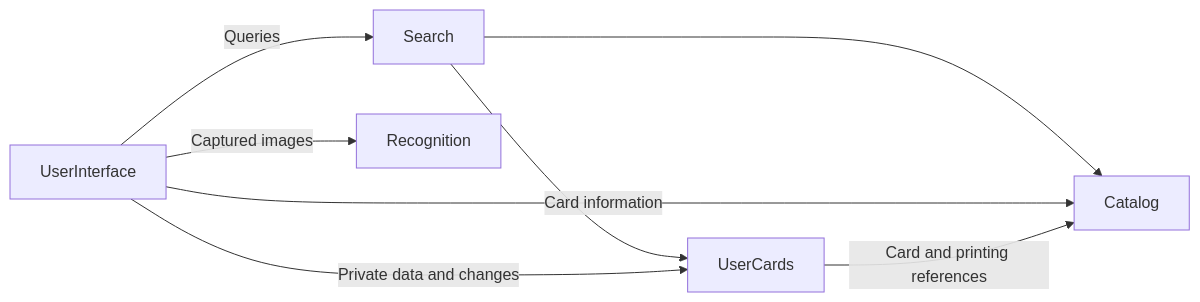
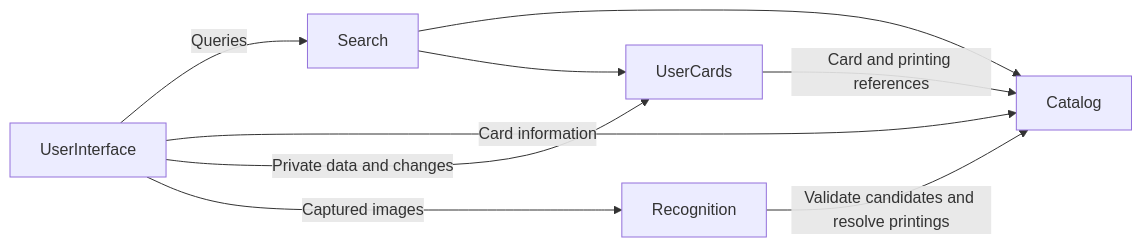
Before and after one commit to saintiago/magic-collection-keeper: the diagram in docs/new/architecture.md, drawn with Mermaid. The commit also changed other lines of this file and 8 other files, not shown here.

````diff
--- a/docs/new/architecture.md
+++ b/docs/new/architecture.md
@@ -21,10 +21,11 @@
 ```mermaid
 flowchart LR
     UI[UserInterface] -->|Queries| Search
     Search --> Catalog
     Search --> UserCards
     UI -->|Card information| Catalog
     UI -->|Private data and changes| UserCards
     UI -->|Captured images| Recognition
+    Recognition -->|Validate candidates and resolve printings| Catalog
     UserCards -->|Card and printing references| Catalog
 ```
````
